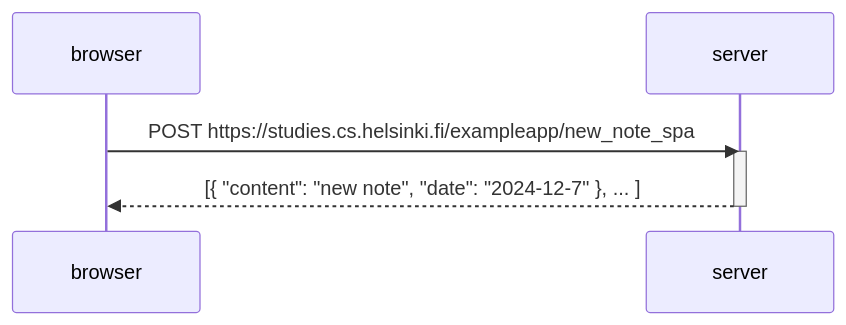
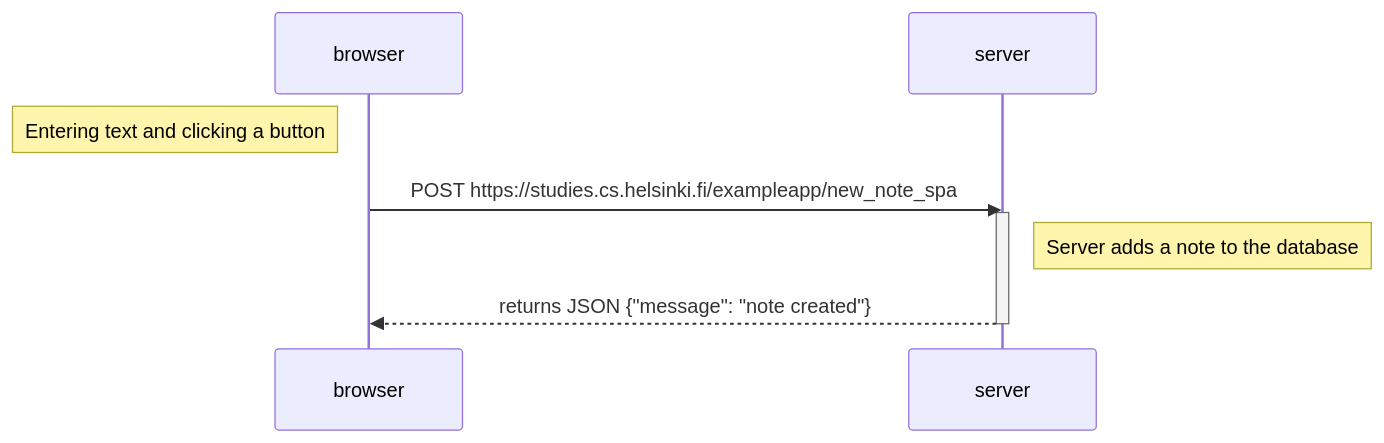
The diagram in part0/0.6 newnoteinsinglepageappdiagram/diagram.md (Serhii-Dobrovolskyi/Full-Stack-course-exercises), drawn with Mermaid before and after one commit.

````diff
--- a/part0/0.6 newnoteinsinglepageappdiagram/diagram.md
+++ b/part0/0.6 newnoteinsinglepageappdiagram/diagram.md
@@ -1,10 +1,12 @@
 ```mermaid
 sequenceDiagram
     participant browser
     participant server
 
+    Note left of browser: Entering text and clicking a button
     browser->>server: POST https://studies.cs.helsinki.fi/exampleapp/new_note_spa
     activate server
-    server-->>browser: [{ "content": "new note", "date": "2024-12-7" }, ... ]
+    Note right of server: Server adds a note to the database
+    server-->>browser: returns JSON {"message": "note created"}
     deactivate server
 ```
````
